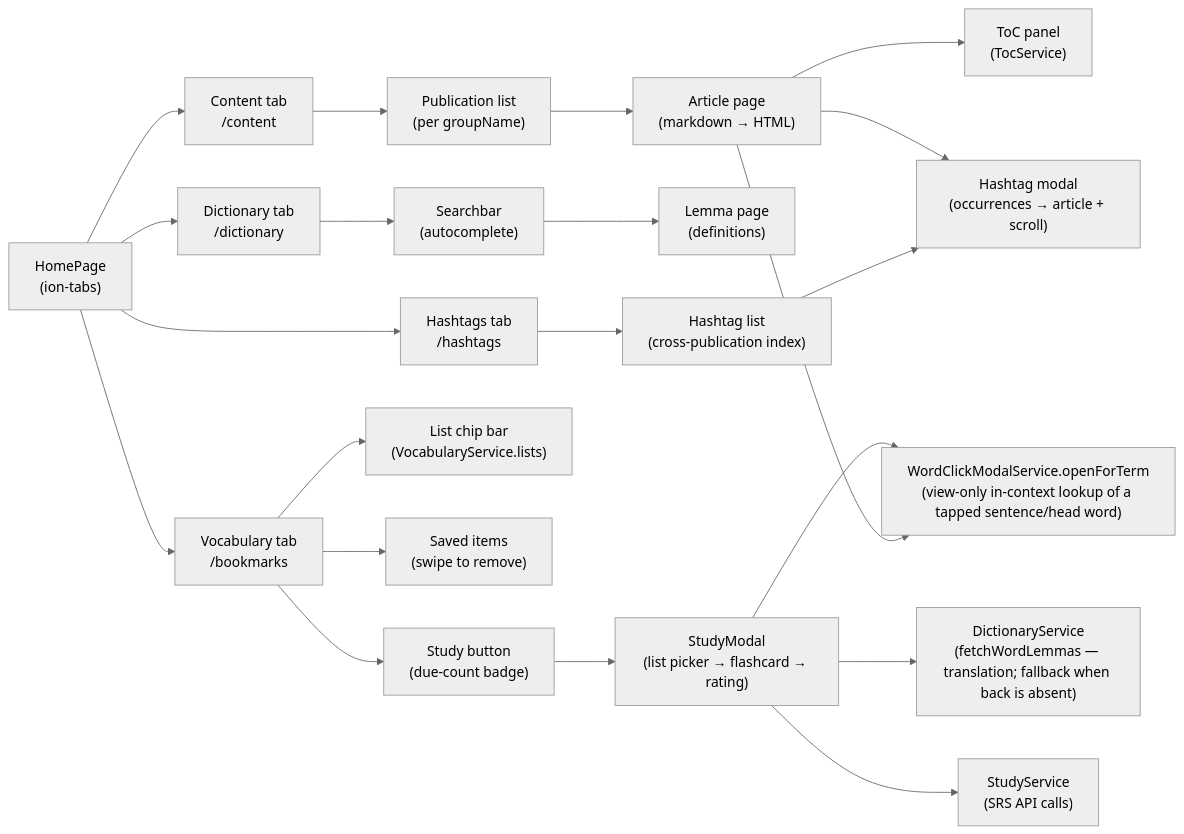
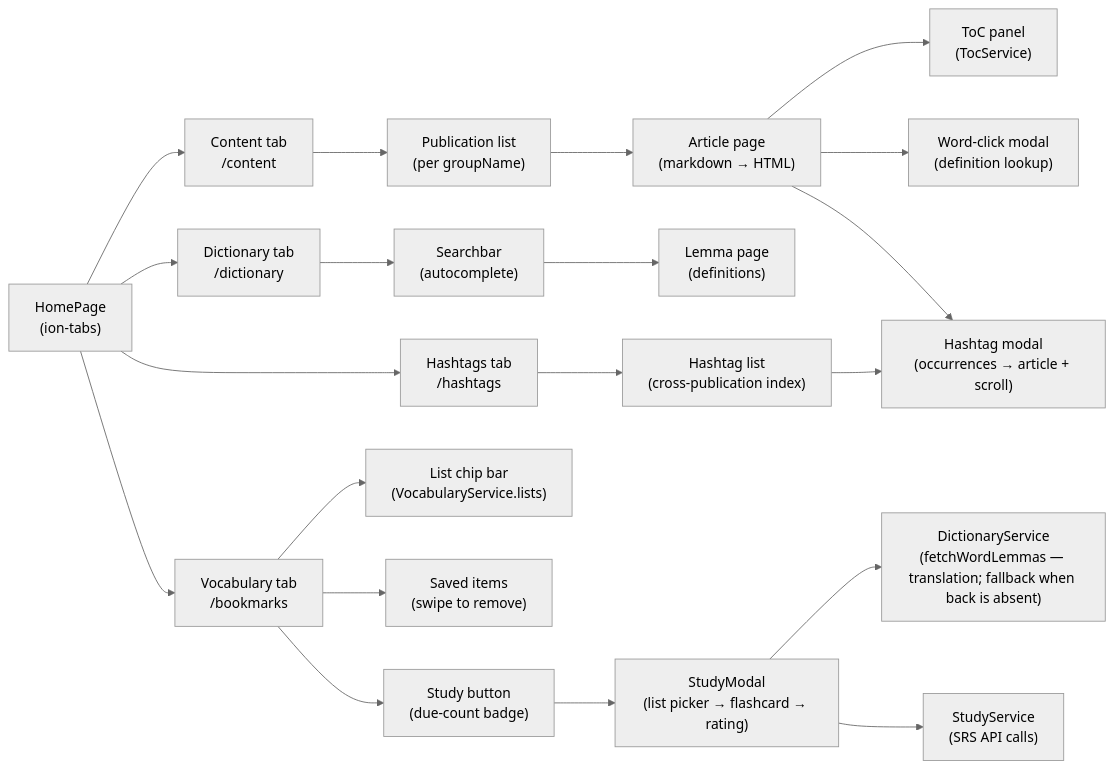
The fifth of 18 diagrams in apps/web/ARCHITECTURE.md (remarcmij/taalwiz-mono), drawn with Mermaid (neutral theme) before and after one commit. The commit also changed other lines of this file and 14 other files, not shown here.

First line of the commit message:
refactor: remove source-sentence capture and flashcard word-tap

````diff
--- a/apps/web/ARCHITECTURE.md
+++ b/apps/web/ARCHITECTURE.md
@@ -237,28 +237,27 @@
 ```mermaid
 graph LR
     HomePage["HomePage\n(ion-tabs)"]
     HomePage --> Content["Content tab\n/content"]
     HomePage --> Dictionary["Dictionary tab\n/dictionary"]
     HomePage --> Hashtags["Hashtags tab\n/hashtags"]
     HomePage --> Vocabulary["Vocabulary tab\n/bookmarks"]
 
     Content --> Publication["Publication list\n(per groupName)"]
     Publication --> Article["Article page\n(markdown → HTML)"]
     Article --> TOC["ToC panel\n(TocService)"]
     Article --> WordModal["Word-click modal\n(definition lookup)"]
 
     Dictionary --> Searchbar["Searchbar\n(autocomplete)"]
     Searchbar --> Lemma["Lemma page\n(definitions)"]
 
     Hashtags --> HashtagList["Hashtag list\n(cross-publication index)"]
     HashtagList --> HashtagModal["Hashtag modal\n(occurrences → article + scroll)"]
     Article --> HashtagModal
 
     Vocabulary --> ChipBar["List chip bar\n(VocabularyService.lists)"]
     Vocabulary --> WordList["Saved items\n(swipe to remove)"]
     Vocabulary --> StudyBtn["Study button\n(due-count badge)"]
     StudyBtn --> StudyModal["StudyModal\n(list picker → flashcard → rating)"]
     StudyModal --> DictSvc["DictionaryService\n(fetchWordLemmas — translation; fallback when back is absent)"]
     StudyModal --> StudySvc["StudyService\n(SRS API calls)"]
-    StudyModal --> WordModal["WordClickModalService.openForTerm\n(view-only in-context lookup of a tapped sentence/head word)"]
 ```
````
